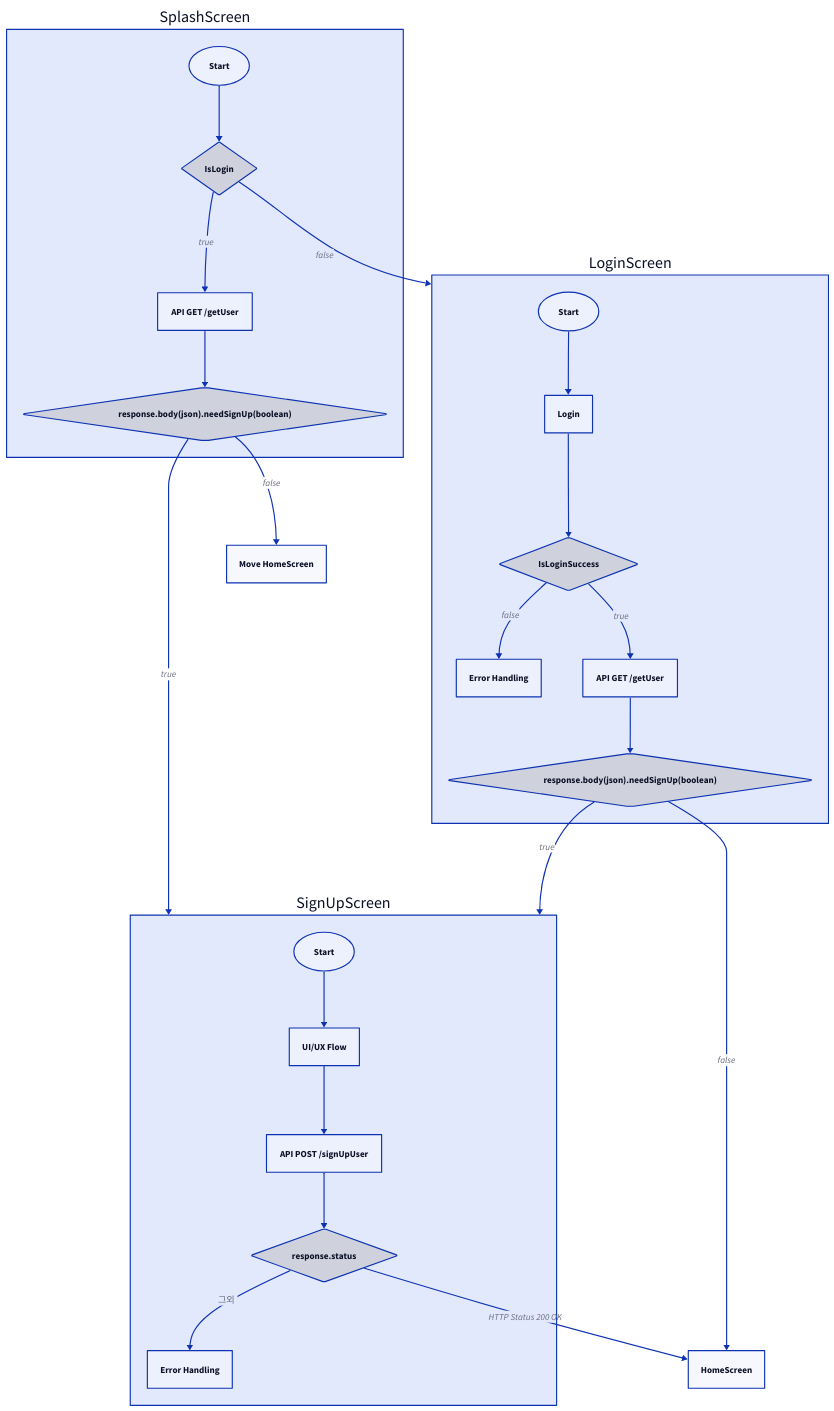
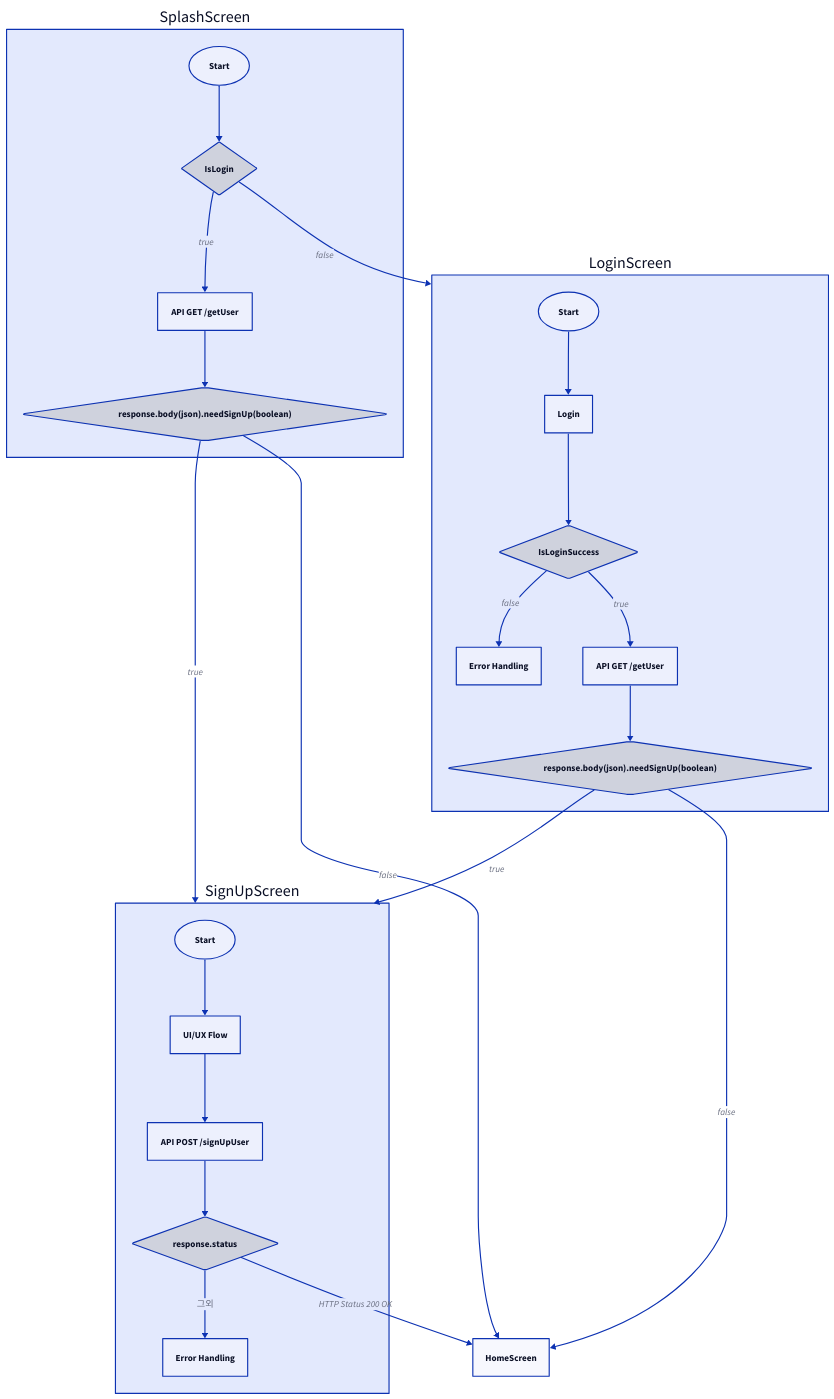
Before and after one commit to DDD-Community/DDD-9-D.KIN-API-Server: the diagram in docs/blueprint/flow_entry_home.d2, drawn with D2. The commit also changed 1 other file, not shown here.

```diff
--- a/docs/blueprint/flow_entry_home.d2
+++ b/docs/blueprint/flow_entry_home.d2
@@ -1,74 +1,74 @@
 
 SplashScreen {
     Start {
         shape: oval 
     }
     IsLogin {
         shape: diamond
     }
     Start -> IsLogin
 
     IsLogin -> API GET /getUser: true
 
     response\.body(json)\.needSignUp(boolean) {
         shape: diamond
     }
 
     API GET /getUser -> response\.body(json)\.needSignUp(boolean)
     
     
 }
 
 SplashScreen.IsLogin -> LoginScreen: false
 SplashScreen.response\.body(json)\.needSignUp(boolean) -> SignUpScreen: true
-SplashScreen.response\.body(json)\.needSignUp(boolean) -> Move HomeScreen: false
+SplashScreen.response\.body(json)\.needSignUp(boolean) -> HomeScreen: false
 
 
 LoginScreen {
     Start {
         shape: oval 
     }
 
     Start -> Login
 
     IsLoginSuccess {
         shape: diamond
     }
 
     Login -> IsLoginSuccess
 
     IsLoginSuccess -> Error Handling: false
 
     IsLoginSuccess -> API GET /getUser: true
 
     response\.body(json)\.needSignUp(boolean) {
         shape: diamond
     }
 
     API GET /getUser -> response\.body(json)\.needSignUp(boolean)
 }
 
 LoginScreen.response\.body(json)\.needSignUp(boolean) -> SignUpScreen: true
 LoginScreen.response\.body(json)\.needSignUp(boolean) -> HomeScreen: false
 
 
 SignUpScreen {
     Start {
         shape: oval 
     }
 
     Start -> UI/UX Flow
 
     UI/UX Flow -> API POST /signUpUser
 
     response\.status {
         shape: diamond
     }
 
     API POST /signUpUser -> response\.status
     response\.status -> Error Handling: 그외
 
     
 }
 
 SignUpScreen.response\.status -> HomeScreen: HTTP Status 200 OK
```
